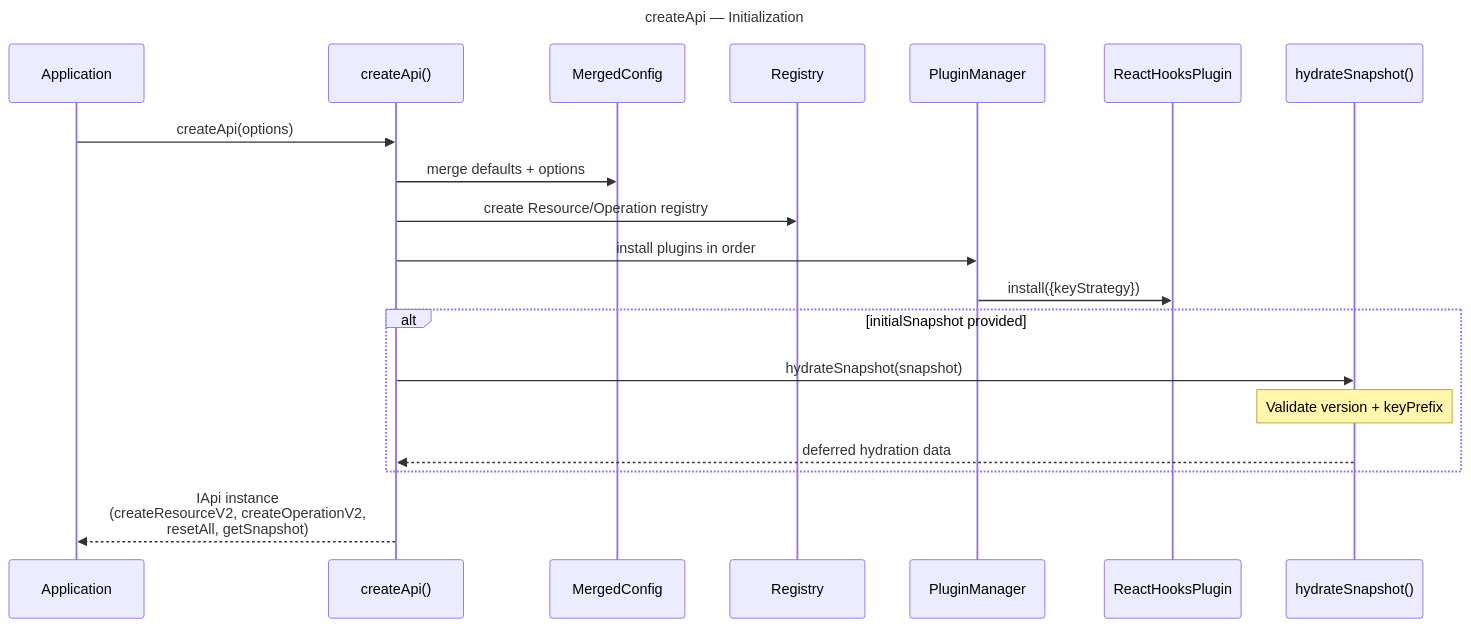
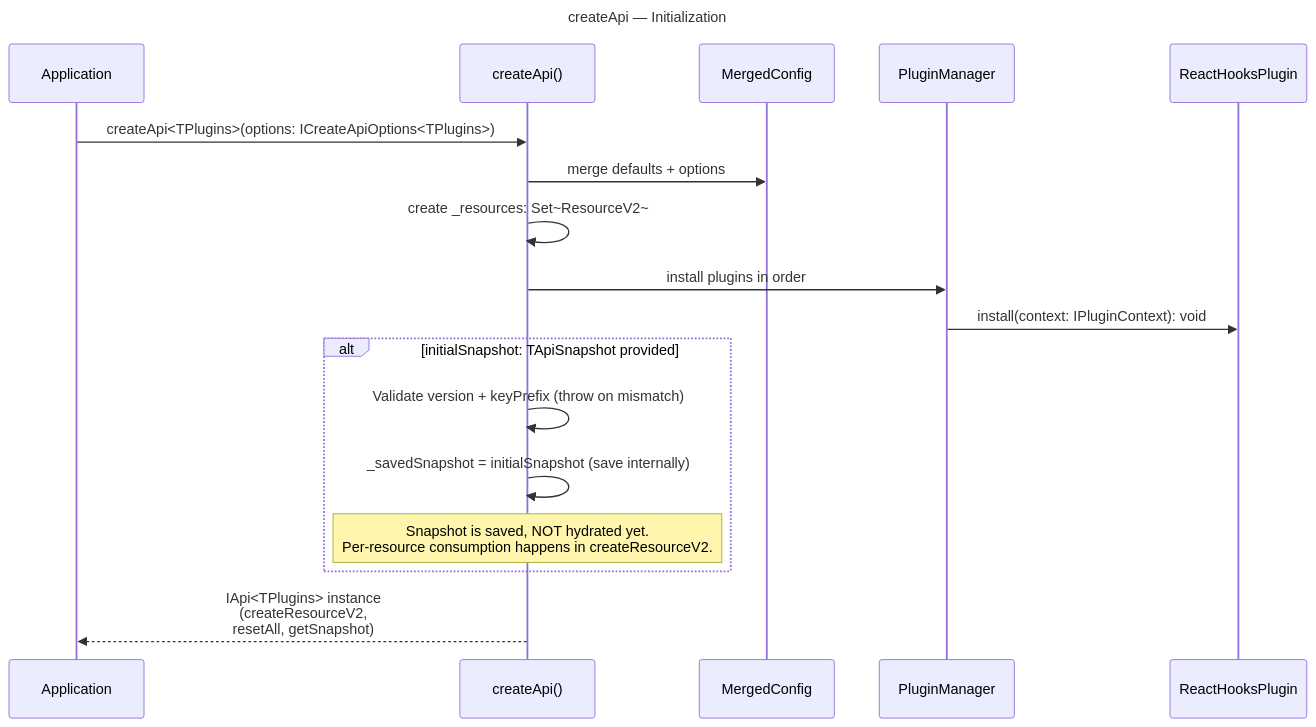
Before and after one commit to fozy-labs/rx-toolkit: diagram 11 of 19 in .thoughts/2026-03-23-1400_query-v2-full-implementation/02-design/02-dataflow.md, drawn with Mermaid. The commit also changed other lines of this file and 204 other files, not shown here.

````diff
--- a/.thoughts/2026-03-23-1400_query-v2-full-implementation/02-design/02-dataflow.md
+++ b/.thoughts/2026-03-23-1400_query-v2-full-implementation/02-design/02-dataflow.md
@@ -326,25 +341,23 @@
 ```mermaid
 sequenceDiagram
     title createApi — Initialization
     participant App as Application
     participant APIF as createApi()
     participant Cfg as MergedConfig
-    participant Reg as Registry
     participant PMgr as PluginManager
     participant P as ReactHooksPlugin
-    participant Snap as hydrateSnapshot()
     
-    App->>APIF: createApi(options)
+    App->>APIF: createApi<TPlugins>(options: ICreateApiOptions<TPlugins>)
     APIF->>Cfg: merge defaults + options
-    APIF->>Reg: create Resource/Operation registry
+    APIF->>APIF: create _resources: Set~ResourceV2~
     APIF->>PMgr: install plugins in order
-    PMgr->>P: install({keyStrategy})
+    PMgr->>P: install(context: IPluginContext): void
     
-    alt initialSnapshot provided
-        APIF->>Snap: hydrateSnapshot(snapshot)
-        Note over Snap: Validate version + keyPrefix
-        Snap-->>APIF: deferred hydration data
+    alt initialSnapshot: TApiSnapshot provided
+        APIF->>APIF: Validate version + keyPrefix (throw on mismatch)
+        APIF->>APIF: _savedSnapshot = initialSnapshot (save internally)
+        Note over APIF: Snapshot is saved, NOT hydrated yet.<br/>Per-resource consumption happens in createResourceV2.
     end
     
-    APIF-->>App: IApi instance<br/>(createResourceV2, createOperationV2,<br/>resetAll, getSnapshot)
+    APIF-->>App: IApi<TPlugins> instance<br/>(createResourceV2,<br/>resetAll, getSnapshot)
 ```
````
